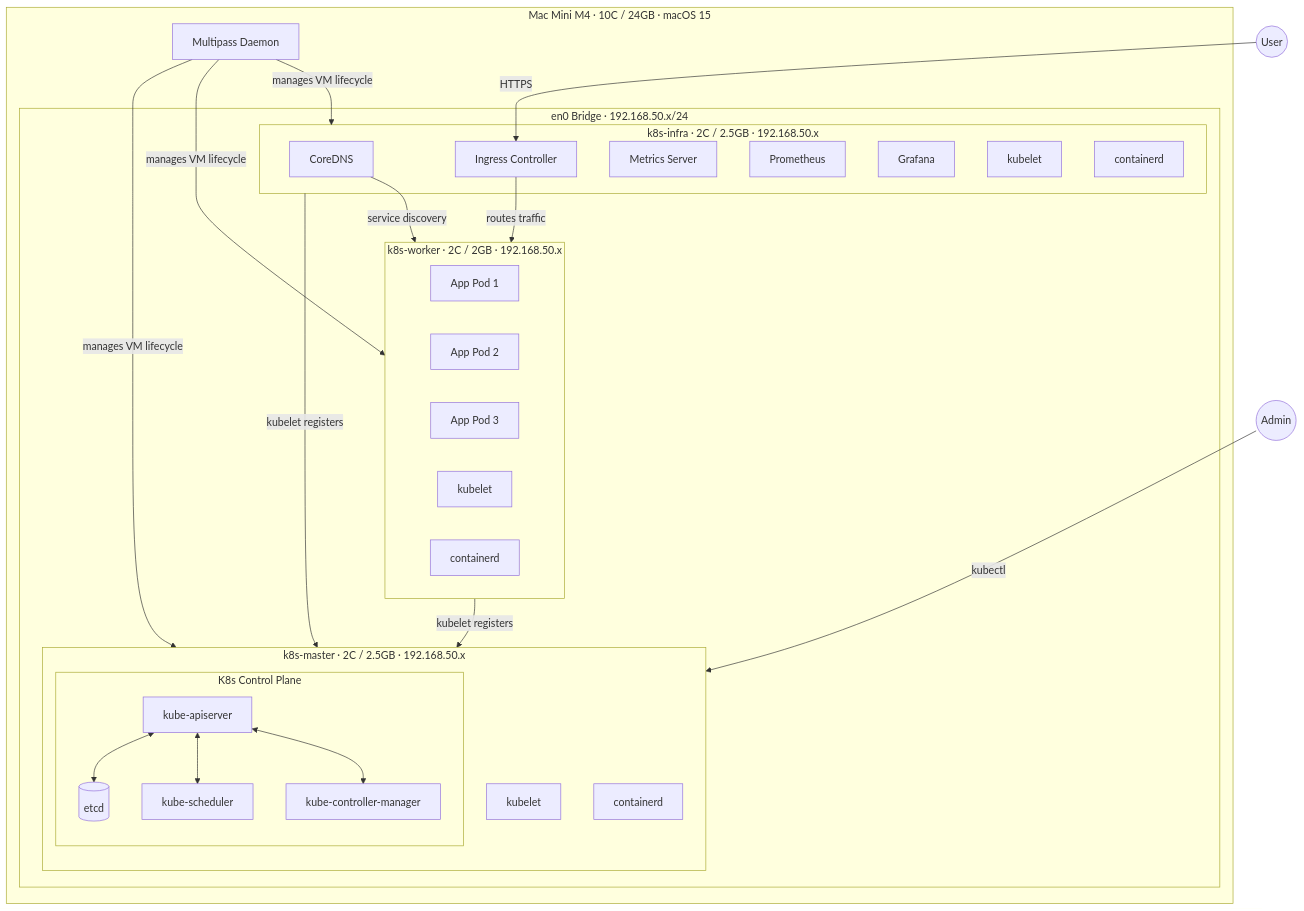
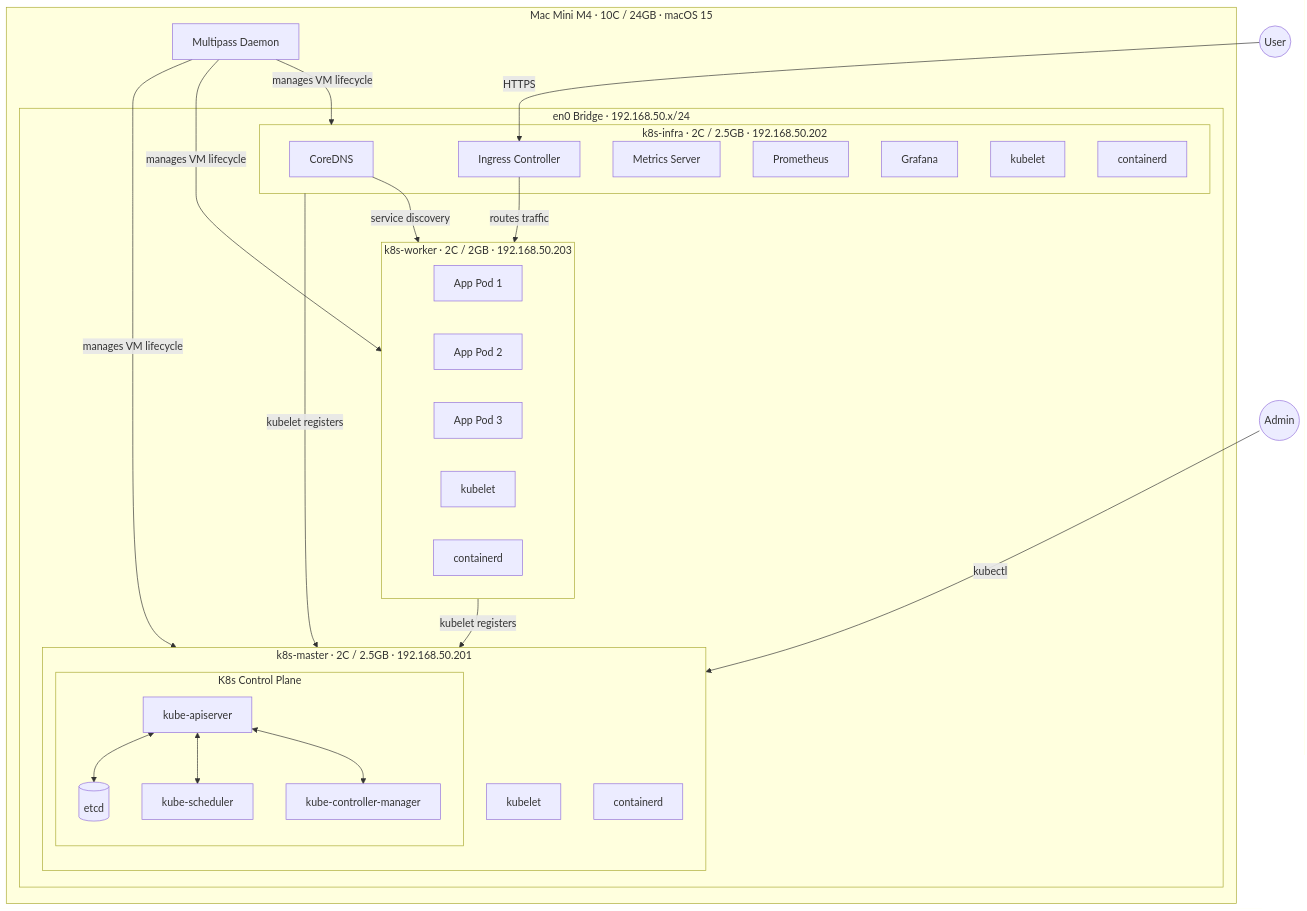
Before and after one commit to MansionLai/notebook: the diagram in kubernetes/3node-multipass/architecture.md, drawn with Mermaid. The commit also changed other lines of this file and 3 other files, not shown here.

````diff
--- a/kubernetes/3node-multipass/architecture.md
+++ b/kubernetes/3node-multipass/architecture.md
@@ -23,52 +23,52 @@
 ```mermaid
 graph TB
     subgraph Host["Mac Mini M4 · 10C / 24GB · macOS 15"]
         subgraph Bridge["en0 Bridge · 192.168.50.x/24"]
-            subgraph Master["k8s-master · 2C / 2.5GB · 192.168.50.x"]
+            subgraph Master["k8s-master · 2C / 2.5GB · 192.168.50.201"]
                 direction TB
                 subgraph CP["K8s Control Plane"]
                     API[kube-apiserver]
                     ETCD[(etcd)]
                     SCH[kube-scheduler]
                     CM[kube-controller-manager]
                     API <--> ETCD
                     API <--> SCH
                     API <--> CM
                 end
                 KBM[kubelet]
                 CRM[containerd]
             end
 
-            subgraph Infra["k8s-infra · 2C / 2.5GB · 192.168.50.x"]
+            subgraph Infra["k8s-infra · 2C / 2.5GB · 192.168.50.202"]
                 DNS[CoreDNS]
                 ING[Ingress Controller]
                 MS[Metrics Server]
                 PROM[Prometheus]
                 GRAF[Grafana]
                 KBI[kubelet]
                 CRI[containerd]
             end
 
-            subgraph Worker["k8s-worker · 2C / 2GB · 192.168.50.x"]
+            subgraph Worker["k8s-worker · 2C / 2GB · 192.168.50.203"]
                 WL1[App Pod 1]
                 WL2[App Pod 2]
                 WL3[App Pod 3]
                 KBW[kubelet]
                 CRW[containerd]
             end
         end
 
         MP[Multipass Daemon]
         MP -- "manages VM lifecycle" --> Master
         MP -- "manages VM lifecycle" --> Infra
         MP -- "manages VM lifecycle" --> Worker
     end
 
     Infra -- "kubelet registers" --> API
     Worker -- "kubelet registers" --> API
     ING -- "routes traffic" --> Worker
     DNS -- "service discovery" --> Worker
 
     User((User)) -- HTTPS --> ING
     Admin((Admin)) -- kubectl --> API
 ```
````
